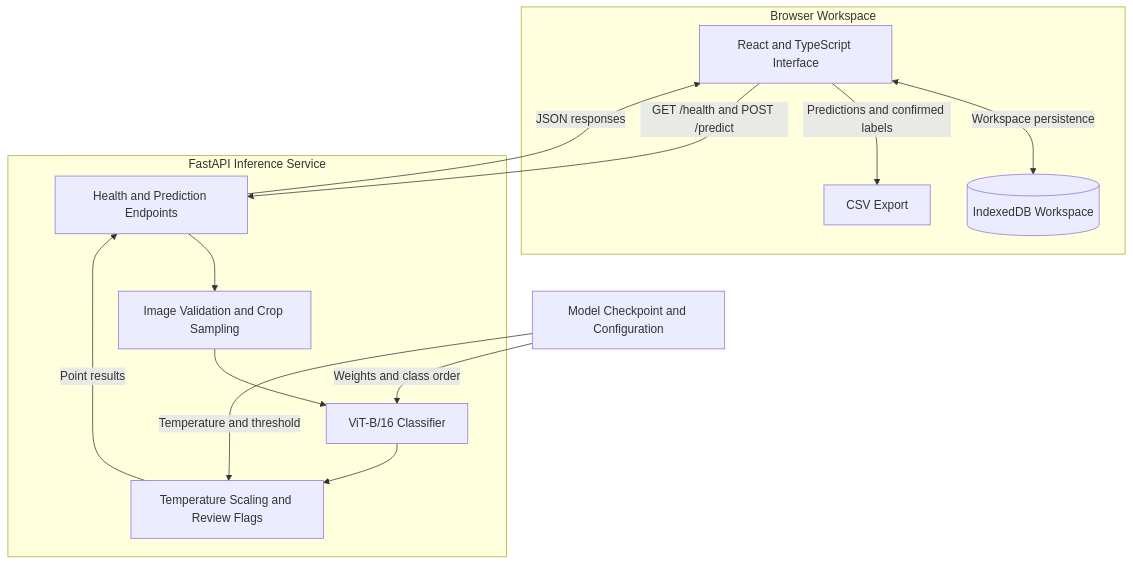
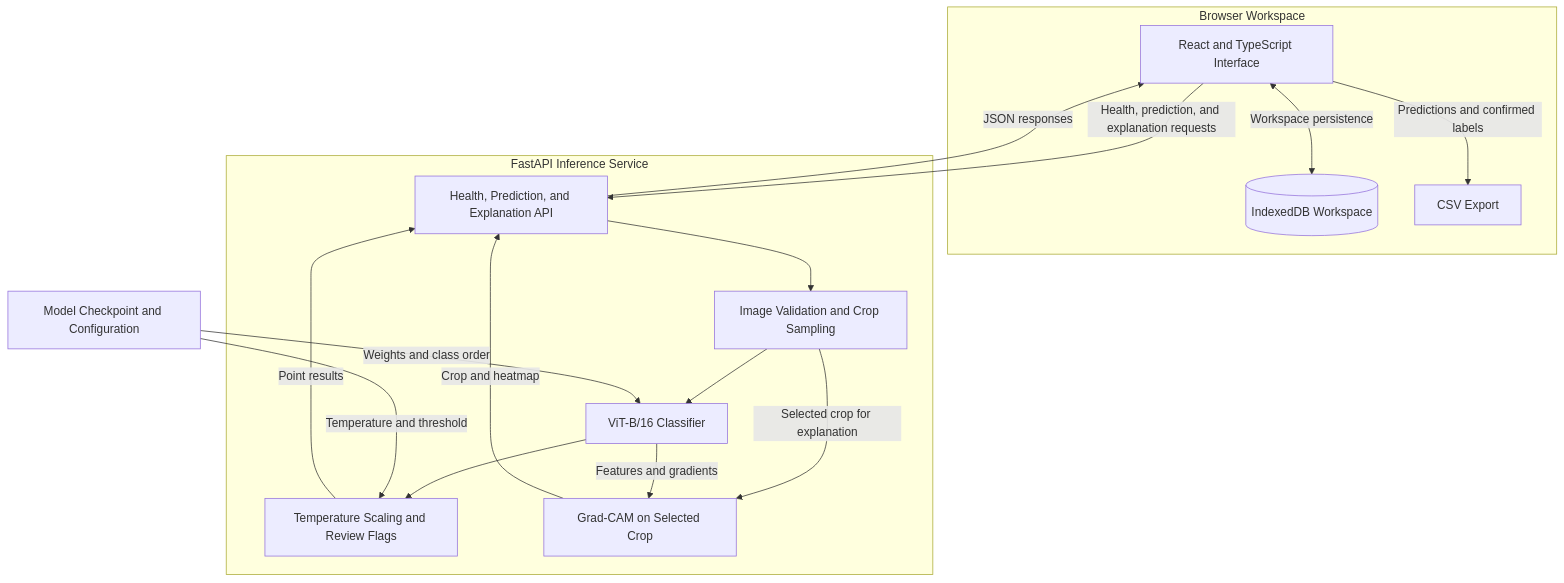
The diagram in README.md (Maram1alzahrani/ReefEye), drawn with Mermaid before and after one commit. The commit also changed other lines of this file, not shown here.

Commit message:
Document Grad-CAM explanations and XAI validation workflow

````diff
--- a/README.md
+++ b/README.md
@@ -86,27 +91,31 @@
 ```mermaid
 flowchart TB
     subgraph Browser["Browser Workspace"]
         UI["React and TypeScript Interface"]
         DB[("IndexedDB Workspace")]
         CSV["CSV Export"]
         UI <-->|Workspace persistence| DB
         UI -->|Predictions and confirmed labels| CSV
     end
 
     subgraph Service["FastAPI Inference Service"]
-        API["Health and Prediction Endpoints"]
+        API["Health, Prediction, and Explanation API"]
         PRE["Image Validation and Crop Sampling"]
         MODEL["ViT-B/16 Classifier"]
         SCORE["Temperature Scaling and Review Flags"]
+        CAM["Grad-CAM on Selected Crop"]
         API --> PRE
         PRE --> MODEL
         MODEL --> SCORE
         SCORE -->|Point results| API
+        PRE -->|Selected crop for explanation| CAM
+        MODEL -->|Features and gradients| CAM
+        CAM -->|Crop and heatmap| API
     end
 
     ASSETS["Model Checkpoint and Configuration"]
-    UI -->|GET /health and POST /predict| API
+    UI -->|Health, prediction, and explanation requests| API
     API -->|JSON responses| UI
     ASSETS -->|Weights and class order| MODEL
     ASSETS -->|Temperature and threshold| SCORE
 ```
````
